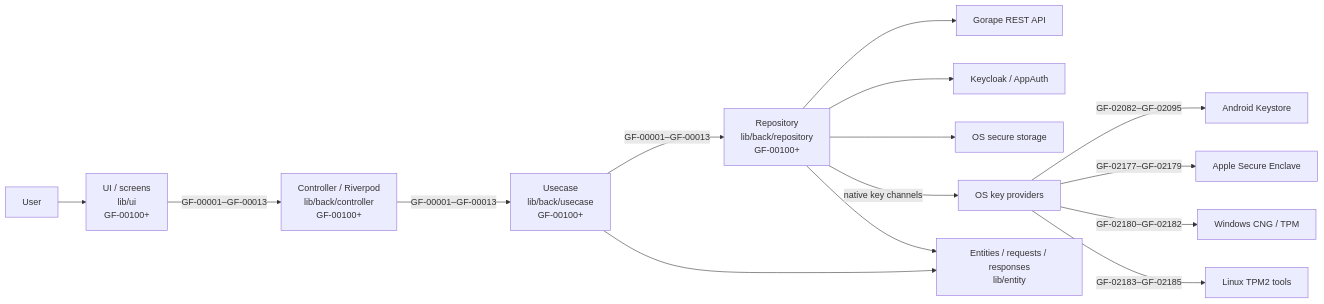
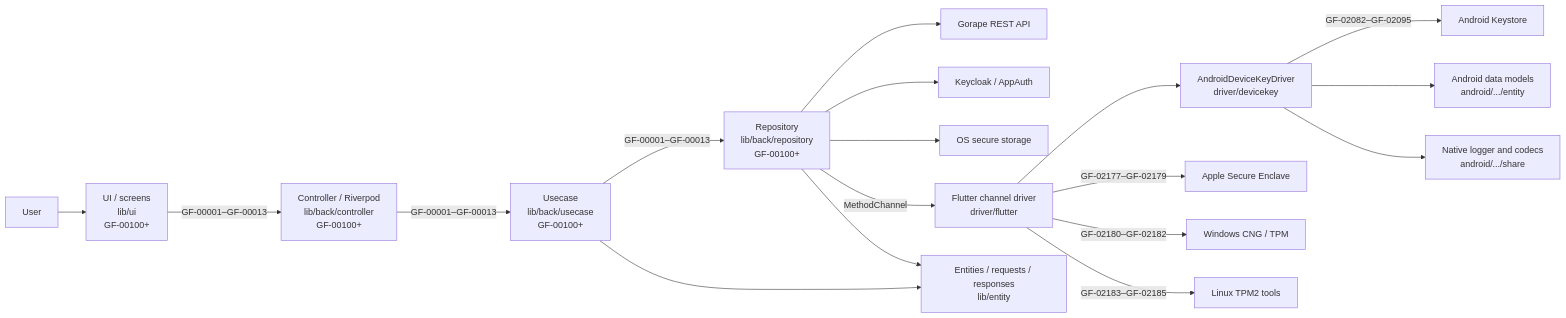
The first of 9 diagrams in docs/en/ARCHITECTURE.md (GorapeFlutter/gf-app), drawn with Mermaid before and after one commit. The commit also changed other lines of this file and 53 other files, not shown here.

````diff
--- a/docs/en/ARCHITECTURE.md
+++ b/docs/en/ARCHITECTURE.md
@@ -17,17 +17,20 @@
 ```mermaid
 flowchart LR
     User[User] --> UI[UI / screens<br/>lib/ui<br/>GF-00100+]
     UI -->|GF-00001–GF-00013| Controller[Controller / Riverpod<br/>lib/back/controller<br/>GF-00100+]
     Controller -->|GF-00001–GF-00013| Usecase[Usecase<br/>lib/back/usecase<br/>GF-00100+]
     Usecase -->|GF-00001–GF-00013| Repository[Repository<br/>lib/back/repository<br/>GF-00100+]
     Repository --> API[Gorape REST API]
     Repository --> OIDC[Keycloak / AppAuth]
     Repository --> Secure[OS secure storage]
-    Repository -->|native key channels| Native[OS key providers]
-    Native -->|GF-02082–GF-02095| Keystore[Android Keystore]
+    Repository -->|MethodChannel| Native[Flutter channel driver<br/>driver/flutter]
+    Native --> DeviceKeyDriver[AndroidDeviceKeyDriver<br/>driver/devicekey]
+    DeviceKeyDriver -->|GF-02082–GF-02095| Keystore[Android Keystore]
+    DeviceKeyDriver --> AndroidEntity[Android data models<br/>android/.../entity]
+    DeviceKeyDriver --> AndroidShare[Native logger and codecs<br/>android/.../share]
     Native -->|GF-02177–GF-02179| Enclave[Apple Secure Enclave]
     Native -->|GF-02180–GF-02182| CNG[Windows CNG / TPM]
     Native -->|GF-02183–GF-02185| TPM[Linux TPM2 tools]
     Usecase --> Entity[Entities / requests / responses<br/>lib/entity]
     Repository --> Entity
 ```
````
